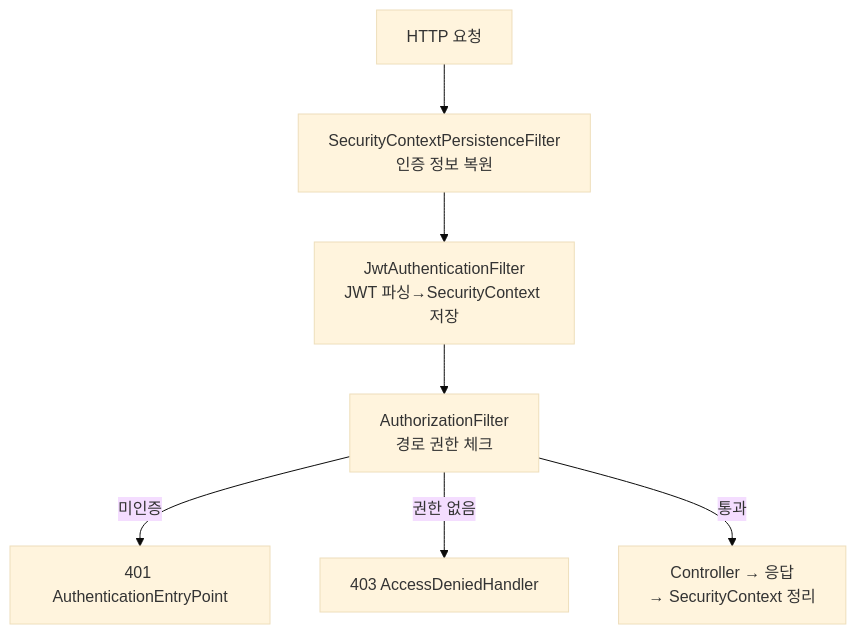
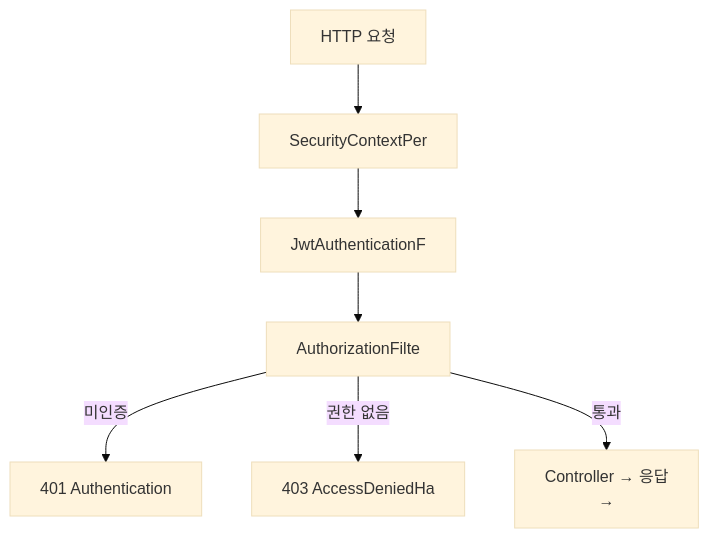
Before and after one commit to yjkim2015/yjkim2015.github.io: the seventh of 7 diagrams in _posts/spring/2026-05-02-spring-security-deep.md, drawn with Mermaid (base theme). The commit also changed other lines of this file and 271 other files, not shown here.

First line of the commit message:
Mermaid 라벨 축소: 긴 노드 텍스트 18자 이하로 트림 + \n 제거

````diff
--- a/_posts/spring/2026-05-02-spring-security-deep.md
+++ b/_posts/spring/2026-05-02-spring-security-deep.md
@@ -686,9 +686,9 @@
 ```mermaid
 flowchart TD
-    A["HTTP 요청"] --> B["SecurityContextPersistenceFilter\n인증 정보 복원"]
-    B --> C["JwtAuthenticationFilter\nJWT 파싱→SecurityContext 저장"]
-    C --> D["AuthorizationFilter\n경로 권한 체크"]
-    D -->|"미인증"| E["401 AuthenticationEntryPoint"]
-    D -->|"권한 없음"| F["403 AccessDeniedHandler"]
-    D -->|"통과"| G["Controller → 응답\n→ SecurityContext 정리"]
+    A["HTTP 요청"] --> B["SecurityContextPer"]
+    B --> C["JwtAuthenticationF"]
+    C --> D["AuthorizationFilte"]
+    D -->|"미인증"| E["401 Authentication"]
+    D -->|"권한 없음"| F["403 AccessDeniedHa"]
+    D -->|"통과"| G["Controller → 응답\n→"]
 ```
````
